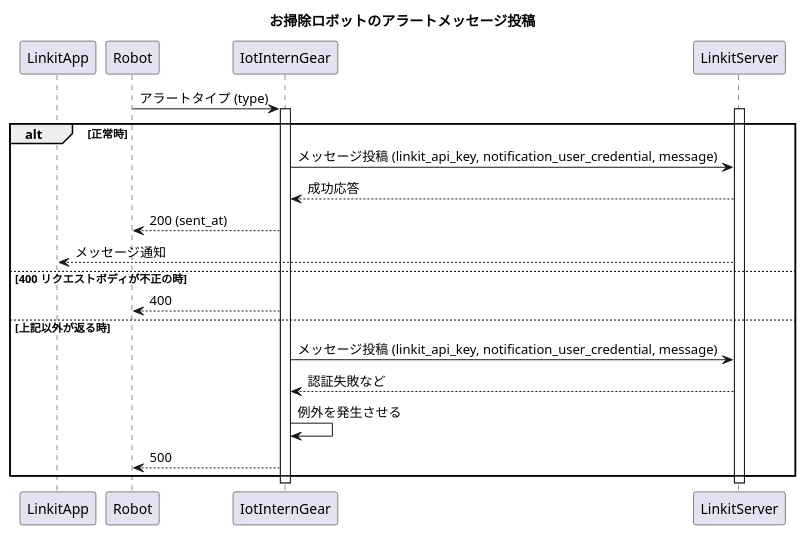
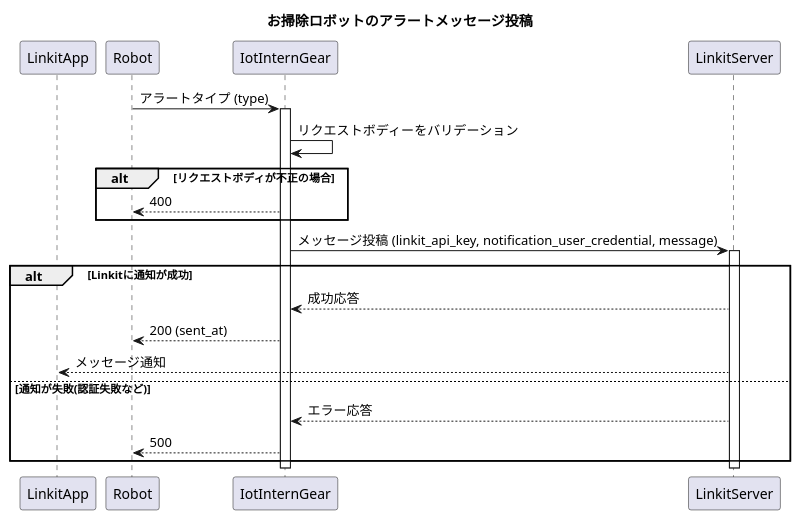
Before and after one commit to access-company/IoTIntern: the diagram in doc/sequence.puml, drawn with PlantUML.

Commit message:
Validate before sending to linkit

```diff
--- a/doc/sequence.puml
+++ b/doc/sequence.puml
@@ -1,27 +1,29 @@
 @startuml SequenceDiagram
 title: お掃除ロボットのアラートメッセージ投稿
 
 participant LinkitApp
 participant Robot
 participant IotInternGear
 participant LinkitServer
 
 Robot -> IotInternGear: アラートタイプ (type)
 activate IotInternGear
+
+IotInternGear -> IotInternGear: リクエストボディーをバリデーション
+alt リクエストボディが不正の場合
+  Robot <-- IotInternGear: 400
+end
+
+IotInternGear -> LinkitServer: メッセージ投稿 (linkit_api_key, notification_user_credential, message)
 activate LinkitServer
-alt 正常時
-    IotInternGear -> LinkitServer: メッセージ投稿 (linkit_api_key, notification_user_credential, message)
-    IotInternGear <-- LinkitServer: 成功応答
-    Robot <-- IotInternGear: 200 (sent_at)
-    LinkitApp <-- LinkitServer: メッセージ通知
-else 400 リクエストボディが不正の時
-    Robot <-- IotInternGear: 400
-else 上記以外が返る時
-    IotInternGear -> LinkitServer: メッセージ投稿 (linkit_api_key, notification_user_credential, message)
-    IotInternGear <-- LinkitServer: 認証失敗など
-    IotInternGear -> IotInternGear: 例外を発生させる
-    Robot <-- IotInternGear: 500
+alt Linkitに通知が成功
+  IotInternGear <-- LinkitServer: 成功応答
+  Robot <-- IotInternGear: 200 (sent_at)
+  LinkitApp <-- LinkitServer: メッセージ通知
+else 通知が失敗(認証失敗など)
+  IotInternGear <-- LinkitServer: エラー応答
+  Robot <-- IotInternGear: 500
 end
+deactivate LinkitServer
 deactivate IotInternGear
-deactivate LinkitServer
 @enduml
```
